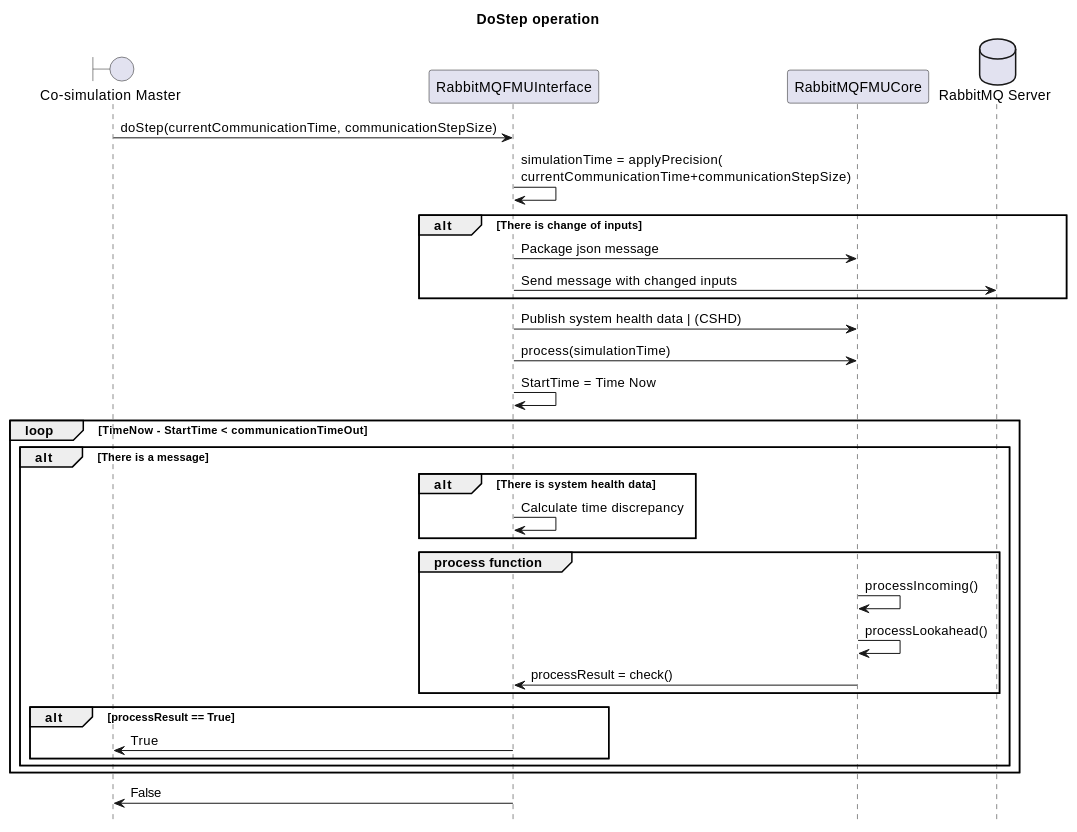
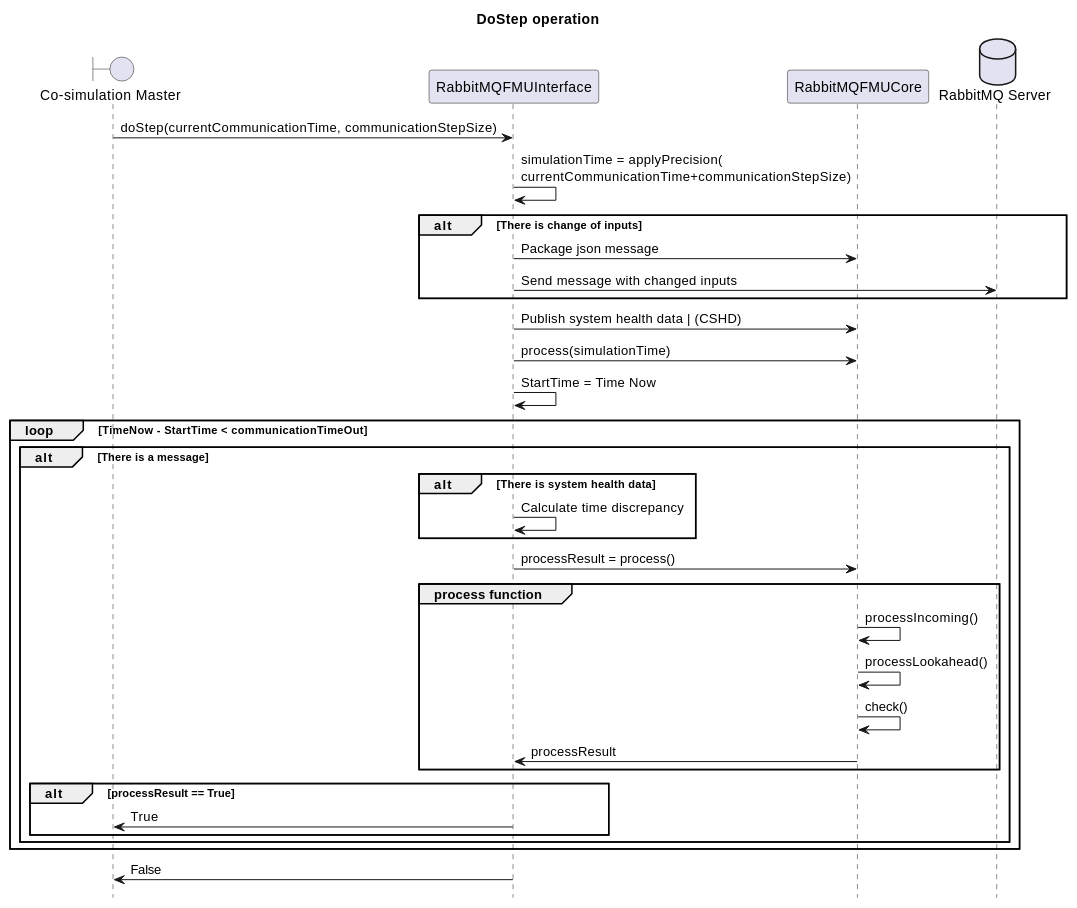
Before and after one commit to INTO-CPS-Association/fmu-rabbitmq: the third of 3 diagrams in docs/data-handling.rst, drawn with PlantUML.

```diff
--- a/docs/data-handling.rst
+++ b/docs/data-handling.rst
@@ -117,36 +117,39 @@
 .. uml::
 
     title DoStep operation
     hide footbox
 
     boundary "Co-simulation Master" as Master
     participant RabbitMQFMUInterface as FMUI
     participant RabbitMQFMUCore as FMUC
     database "RabbitMQ Server" as server
 
 
     Master -> FMUI: doStep(currentCommunicationTime, communicationStepSize)
     FMUI -> FMUI: simulationTime = applyPrecision(\ncurrentCommunicationTime+communicationStepSize)
     alt There is change of inputs
         FMUI -> FMUC: Package json message
         FMUI -> server: Send message with changed inputs
     end
     FMUI -> FMUC: Publish system health data | (CSHD)
     FMUI -> FMUC: process(simulationTime)
     FMUI -> FMUI: StartTime = Time Now
     loop TimeNow - StartTime < communicationTimeOut
         alt There is a message
             alt There is system health data
                FMUI -> FMUI: Calculate time discrepancy
             end
+            
+            FMUI -> FMUC: processResult = process()
             group process function
                  FMUC -> FMUC: processIncoming()
                  FMUC -> FMUC: processLookahead()
-                 FMUC -> FMUI: processResult = check()
+                 FMUC -> FMUC: check()
+                 FMUC -> FMUI: processResult
             end
             alt processResult == True
                 FMUI -> Master: True
             end
         end
     end
     FMUI -> Master: False
```
